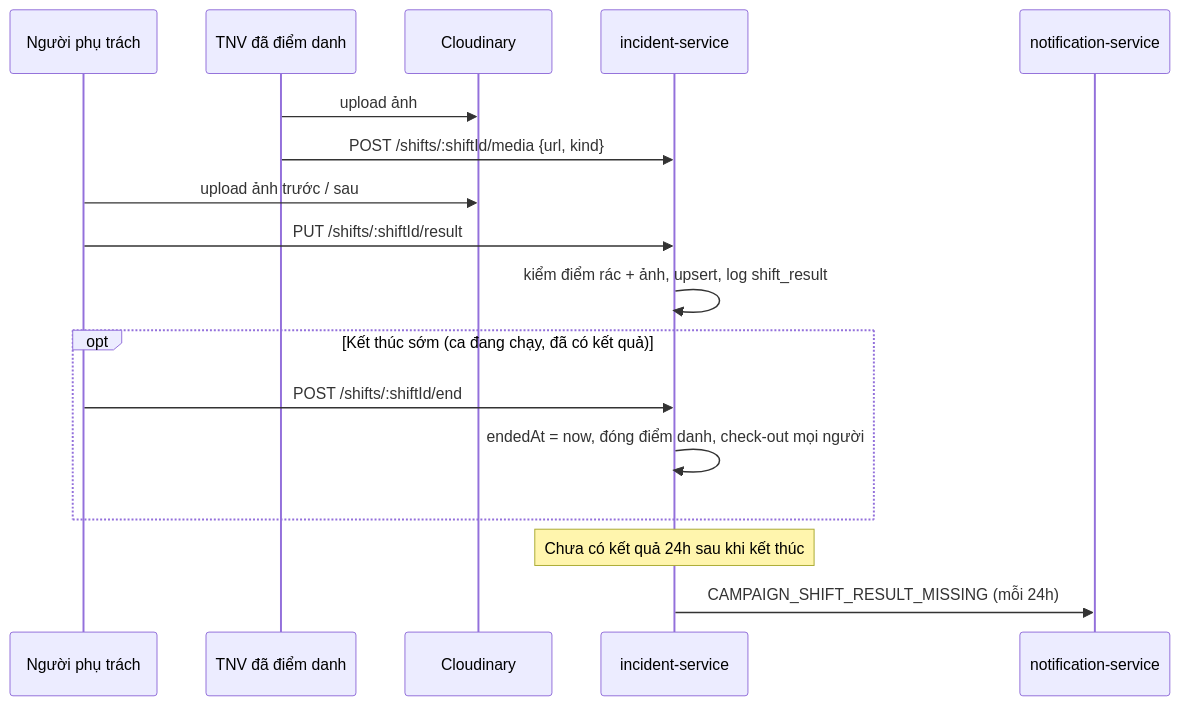
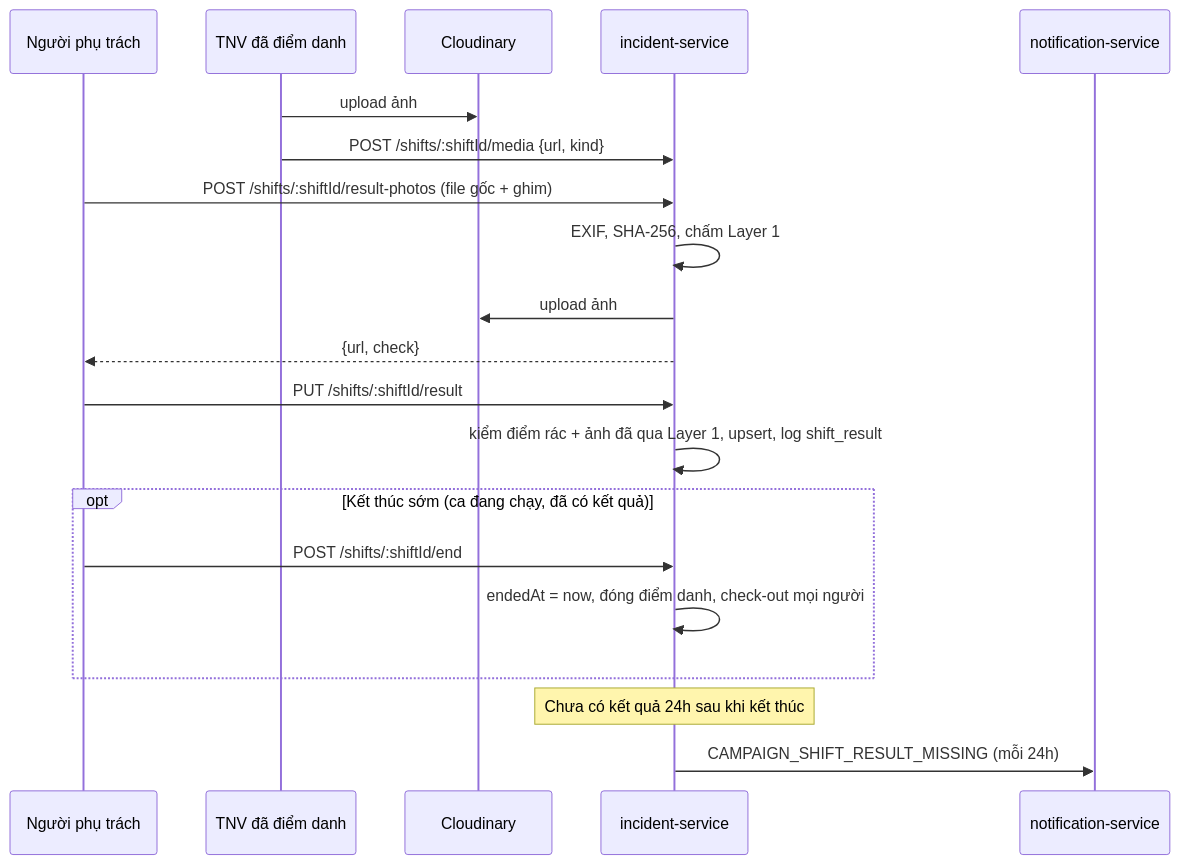
Diagram 20 of 28 in 02-business-flows.md (DOAN2-UQT-KN/ecolink-docs), drawn with Mermaid before and after one commit. The commit also changed other lines of this file and 10 other files, not shown here.

Commit message:
docs: xác thực kết quả chiến dịch 3 lớp (Layer 1 ảnh, Layer 2 người báo cáo, Layer 3 cộng đồng), quyết định tự động, admin xử lý điểm bị gắn cờ

````diff
--- a/02-business-flows.md
+++ b/02-business-flows.md
@@ -875,19 +878,22 @@
 ```mermaid
 sequenceDiagram
   participant L as Người phụ trách
   participant V as TNV đã điểm danh
   participant C as Cloudinary
   participant INC as incident-service
   participant NS as notification-service
   V->>C: upload ảnh
   V->>INC: POST /shifts/:shiftId/media {url, kind}
-  L->>C: upload ảnh trước / sau
+  L->>INC: POST /shifts/:shiftId/result-photos (file gốc + ghim)
+  INC->>INC: EXIF, SHA-256, chấm Layer 1
+  INC->>C: upload ảnh
+  INC-->>L: {url, check}
   L->>INC: PUT /shifts/:shiftId/result
-  INC->>INC: kiểm điểm rác + ảnh, upsert, log shift_result
+  INC->>INC: kiểm điểm rác + ảnh đã qua Layer 1, upsert, log shift_result
   opt Kết thúc sớm (ca đang chạy, đã có kết quả)
     L->>INC: POST /shifts/:shiftId/end
     INC->>INC: endedAt = now, đóng điểm danh, check-out mọi người
   end
   Note over INC: Chưa có kết quả 24h sau khi kết thúc
   INC->>NS: CAMPAIGN_SHIFT_RESULT_MISSING (mỗi 24h)
 ```
````
